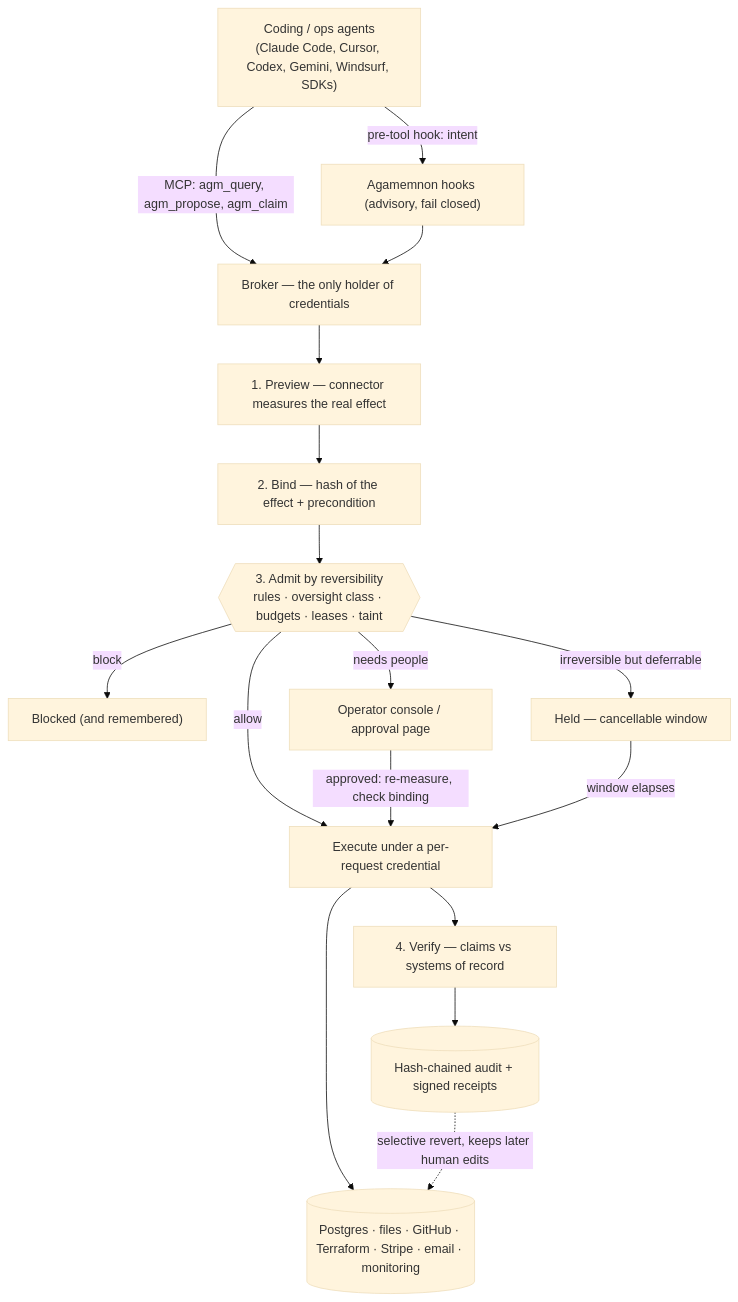
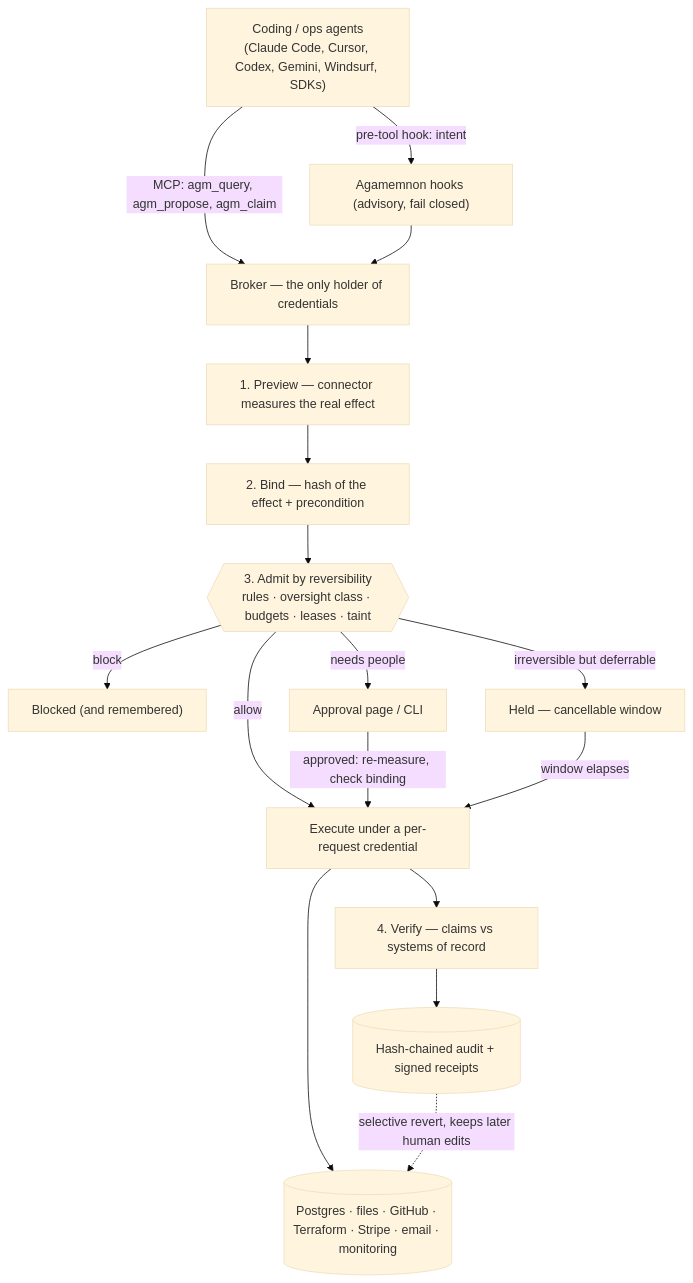
Before and after one commit to MaranZeal678/agamemnon: the diagram in README.md, drawn with Mermaid (base theme). The commit also changed other lines of this file and 6 other files, not shown here.

````diff
--- a/README.md
+++ b/README.md
@@ -94,20 +85,20 @@
 ```mermaid
 flowchart TD
     AG["Coding / ops agents<br/>(Claude Code, Cursor, Codex, Gemini, Windsurf, SDKs)"]
     AG -->|"pre-tool hook: intent"| HK["Agamemnon hooks (advisory, fail closed)"]
     AG -->|"MCP: agm_query, agm_propose, agm_claim"| BR
     HK --> BR["Broker — the only holder of credentials"]
     BR --> PV["1. Preview — connector measures the real effect"]
     PV --> BD["2. Bind — hash of the effect + precondition"]
     BD --> AD{{"3. Admit by reversibility<br/>rules · oversight class · budgets · leases · taint"}}
     AD -->|"block"| BLK["Blocked (and remembered)"]
-    AD -->|"needs people"| PARK["Operator console / approval page"]
+    AD -->|"needs people"| PARK["Approval page / CLI"]
     AD -->|"irreversible but deferrable"| HOLD["Held — cancellable window"]
     AD -->|"allow"| EX
     PARK -->|"approved: re-measure, check binding"| EX["Execute under a per-request credential"]
     HOLD -->|"window elapses"| EX
     EX --> SYS[("Postgres · files · GitHub · Terraform · Stripe · email · monitoring")]
     EX --> VF["4. Verify — claims vs systems of record"]
     VF --> RC[("Hash-chained audit + signed receipts")]
     RC -.->|"selective revert, keeps later human edits"| SYS
 ```
````
